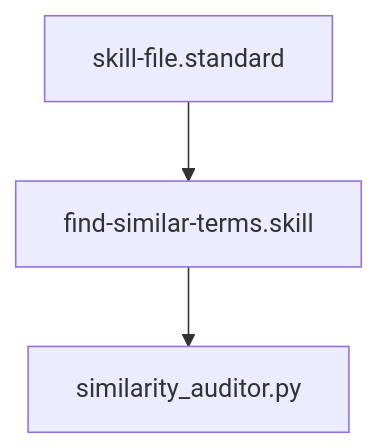
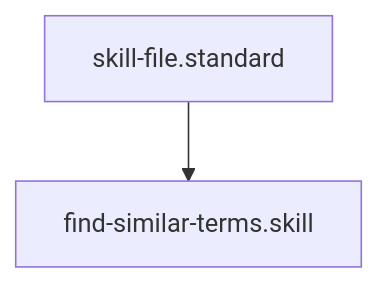
One commit to Gizmo4Life/ai-kernel changed the diagram in skills/find-similar-terms.skill.md. Above: the diagram before and after it, drawn with Mermaid. The commit also changed other lines of this file and 89 other files, not shown here.

````diff
--- a/skills/find-similar-terms.skill.md
+++ b/skills/find-similar-terms.skill.md
@@ -23,5 +24,4 @@
 ```mermaid
 graph TD
     skill-file.standard --> find-similar-terms.skill
-    find-similar-terms.skill --> similarity_auditor[similarity_auditor.py]
 ```
````
